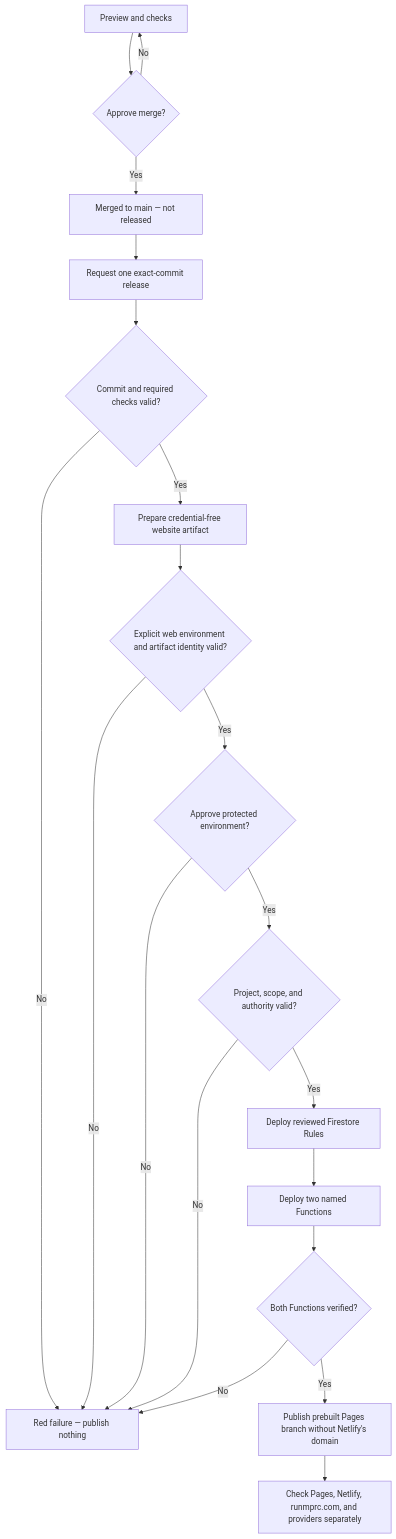
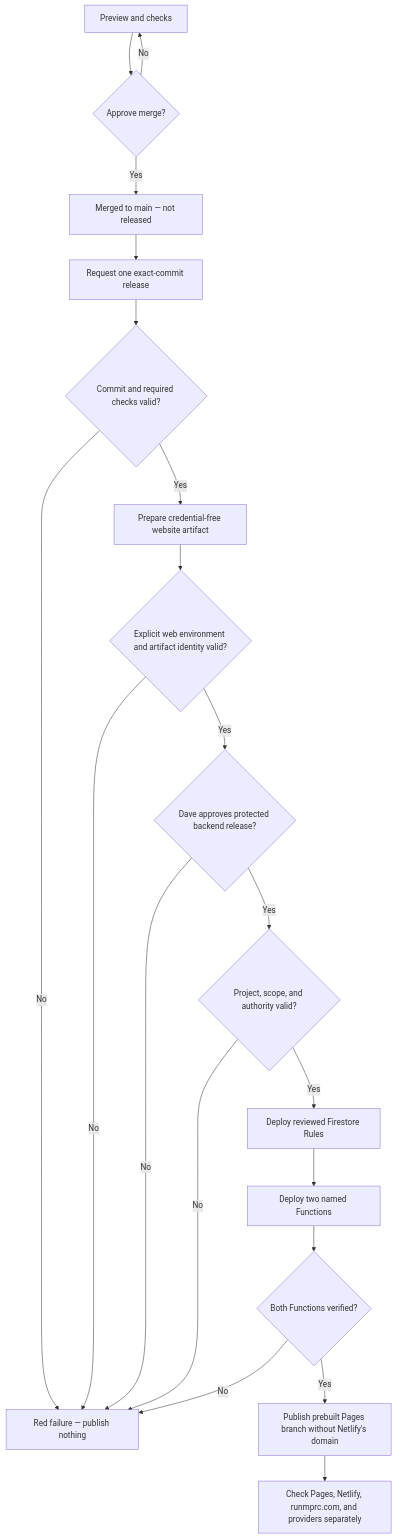
The second of 11 diagrams in docs/officers/PUBLISH_AND_CHECK.md (Run-MPRC/Run-MPRC.github.io), drawn with Mermaid before and after one commit. The commit also changed other lines of this file and 5 other files, not shown here.

Commit message:
docs: apply owner-approved sole-owner backend release governance

````diff
--- a/docs/officers/PUBLISH_AND_CHECK.md
+++ b/docs/officers/PUBLISH_AND_CHECK.md
@@ -79,22 +81,22 @@
 ```mermaid
 flowchart TD
     Review["Preview and checks"] --> Merge{"Approve merge?"}
     Merge -- "No" --> Review
     Merge -- "Yes" --> Merged["Merged to main — not released"]
     Merged --> Request["Request one exact-commit release"]
     Request --> Preflight{"Commit and required checks valid?"}
     Preflight -- "No" --> Stop["Red failure — publish nothing"]
     Preflight -- "Yes" --> Prepare["Prepare credential-free website artifact"]
     Prepare --> WebConfig{"Explicit web environment and artifact identity valid?"}
     WebConfig -- "No" --> Stop
-    WebConfig -- "Yes" --> Release{"Approve protected environment?"}
+    WebConfig -- "Yes" --> Release{"Dave approves protected backend release?"}
     Release -- "No" --> Stop
     Release -- "Yes" --> Gate{"Project, scope, and authority valid?"}
     Gate -- "No" --> Stop
     Gate -- "Yes" --> Rules["Deploy reviewed Firestore Rules"]
     Rules --> Functions["Deploy two named Functions"]
     Functions --> VerifyBackend{"Both Functions verified?"}
     VerifyBackend -- "No" --> Stop
     VerifyBackend -- "Yes" --> Pages["Publish prebuilt Pages branch without Netlify's domain"]
     Pages --> Verify["Check Pages, Netlify, runmprc.com, and providers separately"]
 ```
````
